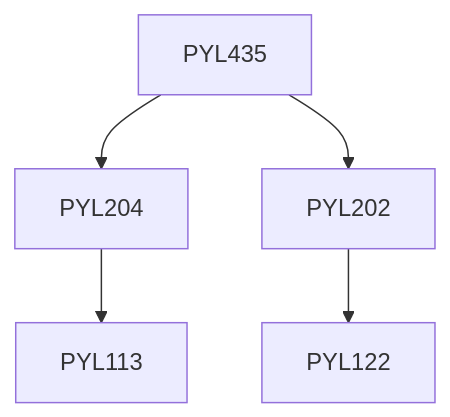
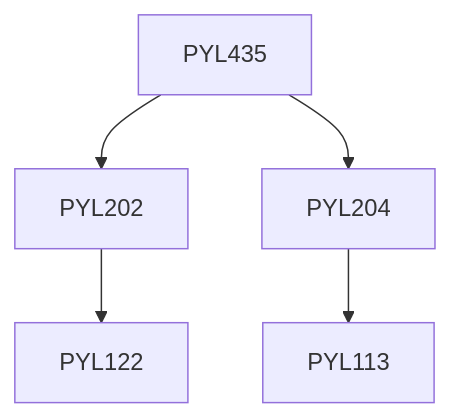
One commit to KeshavBansal0122/CoS_Website changed the diagram in content/Physics/PYL435.md. Above: the diagram before and after it, drawn with Mermaid. The commit also changed other lines of this file and 2662 other files, not shown here.

````diff
--- a/content/Physics/PYL435.md
+++ b/content/Physics/PYL435.md
@@ -13,11 +13,11 @@
 ```mermaid
 flowchart TD
 PYL435-653[PYL435]
-PYL204-653 --> PYL113-653[PYL113]
+PYL435-653 --> PYL202-653[PYL202]
 PYL435-653 --> PYL204-653[PYL204]
 PYL202-653 --> PYL122-653[PYL122]
-PYL435-653 --> PYL202-653[PYL202]
+PYL204-653 --> PYL113-653[PYL113]
 
 classDef empty height:17px, fill:transparent, stroke:transparent;
 classDef trueEmpty height:0px, width:0px;
 ```
````
